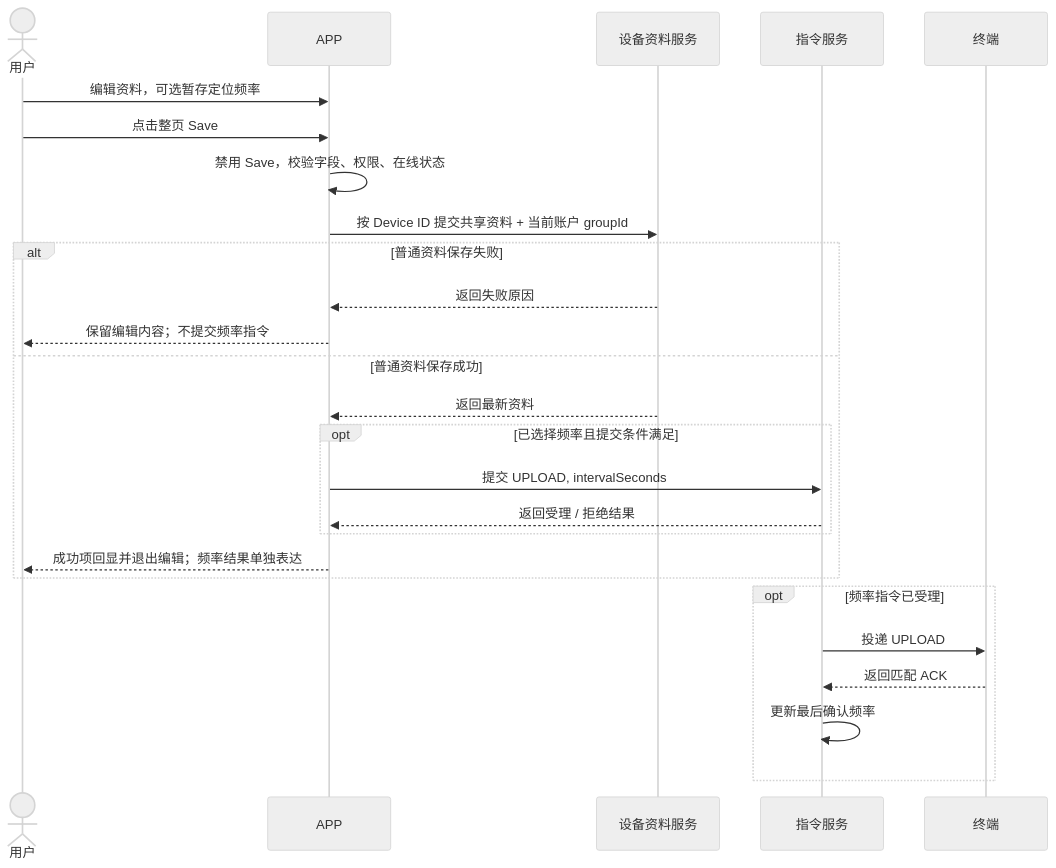
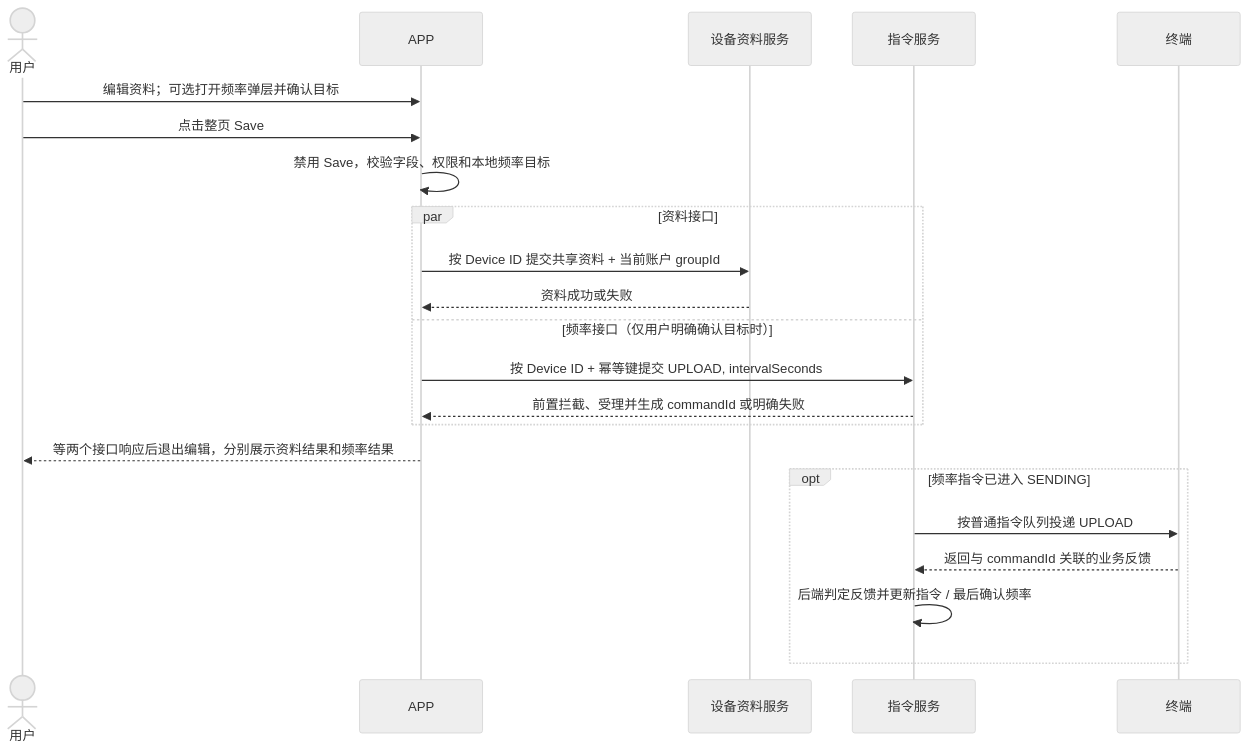
One commit to CuMgNa/skills changed diagram 13 of 16 in docs/manuals/革泰/逻辑大纲/革泰 APP 设备管理逻辑点梳理 plan.md. Above: the diagram before and after it, drawn with Mermaid (neutral theme). The commit also changed other lines of this file and 179 other files, not shown here.

````diff
--- a/docs/manuals/革泰/逻辑大纲/革泰 APP 设备管理逻辑点梳理 plan.md
+++ b/docs/manuals/革泰/逻辑大纲/革泰 APP 设备管理逻辑点梳理 plan.md
@@ -1091,29 +1103,25 @@
 ```mermaid
 sequenceDiagram
     actor User as 用户
     participant App as APP
     participant Profile as 设备资料服务
     participant Command as 指令服务
     participant Device as 终端
 
-    User->>App: 编辑资料，可选暂存定位频率
+    User->>App: 编辑资料；可选打开频率弹层并确认目标
     User->>App: 点击整页 Save
-    App->>App: 禁用 Save，校验字段、权限、在线状态
-    App->>Profile: 按 Device ID 提交共享资料 + 当前账户 groupId
-    alt 普通资料保存失败
-        Profile-->>App: 返回失败原因
-        App-->>User: 保留编辑内容；不提交频率指令
-    else 普通资料保存成功
-        Profile-->>App: 返回最新资料
-        opt 已选择频率且提交条件满足
-            App->>Command: 提交 UPLOAD, intervalSeconds
-            Command-->>App: 返回受理 / 拒绝结果
-        end
-        App-->>User: 成功项回显并退出编辑；频率结果单独表达
+    App->>App: 禁用 Save，校验字段、权限和本地频率目标
+    par 资料接口
+        App->>Profile: 按 Device ID 提交共享资料 + 当前账户 groupId
+        Profile-->>App: 资料成功或失败
+    and 频率接口（仅用户明确确认目标时）
+        App->>Command: 按 Device ID + 幂等键提交 UPLOAD, intervalSeconds
+        Command-->>App: 前置拦截、受理并生成 commandId 或明确失败
     end
-    opt 频率指令已受理
-        Command->>Device: 投递 UPLOAD
-        Device-->>Command: 返回匹配 ACK
-        Command->>Command: 更新最后确认频率
+    App-->>User: 等两个接口响应后退出编辑，分别展示资料结果和频率结果
+    opt 频率指令已进入 SENDING
+        Command->>Device: 按普通指令队列投递 UPLOAD
+        Device-->>Command: 返回与 commandId 关联的业务反馈
+        Command->>Command: 后端判定反馈并更新指令 / 最后确认频率
     end
 ```
````
